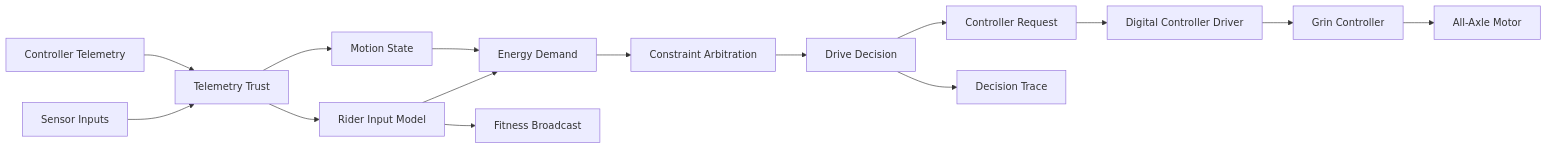
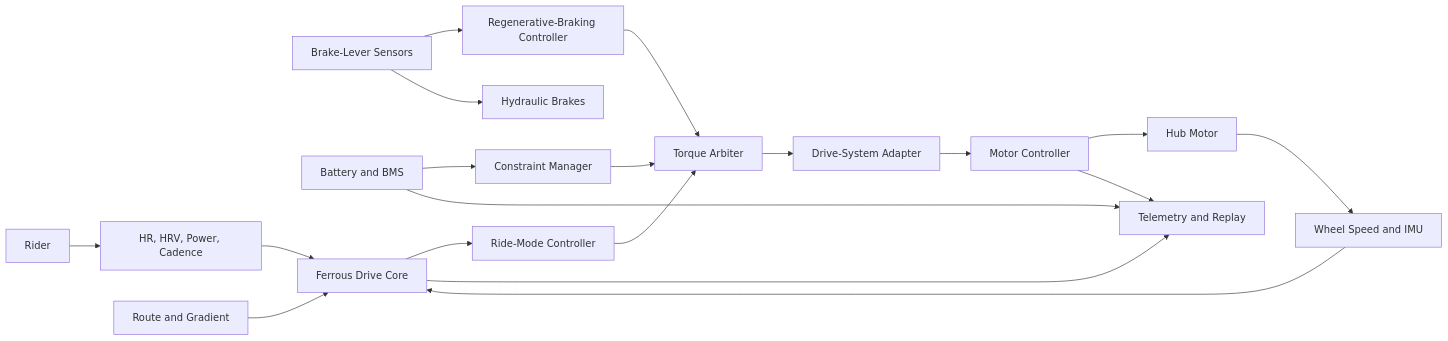
Before and after one commit to tspreck/ferrous-drive: the first of 2 diagrams in docs/architecture.md, drawn with Mermaid. The commit also changed other lines of this file and 2 other files, not shown here.

````diff
--- a/docs/architecture.md
+++ b/docs/architecture.md
@@ -239,32 +119,41 @@
 ```mermaid
 flowchart LR
-    Sensors[Sensor Inputs]
-    ControllerTelemetry[Controller Telemetry]
-    Trust[Telemetry Trust]
-    RiderModel[Rider Input Model]
-    Motion[Motion State]
-    Demand[Energy Demand]
-    Constraints[Constraint Arbitration]
-    Decision[Drive Decision]
-    Request[Controller Request]
-    Driver[Digital Controller Driver]
-    Controller[Grin Controller]
-    Motor[All-Axle Motor]
-    Broadcast[Fitness Broadcast]
-    Trace[Decision Trace]
+    Rider[Rider]
+    Phys[HR, HRV, Power, Cadence]
+    Brake[Brake-Lever Sensors]
+    Motion[Wheel Speed and IMU]
+    Route[Route and Gradient]
+    Battery[Battery and BMS]
 
-    Sensors --> Trust
-    ControllerTelemetry --> Trust
-    Trust --> RiderModel
-    Trust --> Motion
-    RiderModel --> Demand
-    Motion --> Demand
-    Demand --> Constraints
-    Constraints --> Decision
-    Decision --> Request
-    Request --> Driver
-    Driver --> Controller
+    Core[Ferrous Drive Core]
+    Modes[Ride-Mode Controller]
+    Braking[Regenerative-Braking Controller]
+    Constraints[Constraint Manager]
+    Arbiter[Torque Arbiter]
+    Adapter[Drive-System Adapter]
+    Controller[Motor Controller]
+    Motor[Hub Motor]
+    Mechanical[Hydraulic Brakes]
+    Telemetry[Telemetry and Replay]
+
+    Rider --> Phys
+    Brake --> Braking
+    Motion --> Core
+    Route --> Core
+    Phys --> Core
+    Battery --> Constraints
+
+    Core --> Modes
+    Modes --> Arbiter
+    Braking --> Arbiter
+    Constraints --> Arbiter
+    Arbiter --> Adapter
+    Adapter --> Controller
     Controller --> Motor
-    Decision --> Trace
-    RiderModel --> Broadcast
+
+    Brake --> Mechanical
+    Motor --> Motion
+    Controller --> Telemetry
+    Core --> Telemetry
+    Battery --> Telemetry
 ```
````
